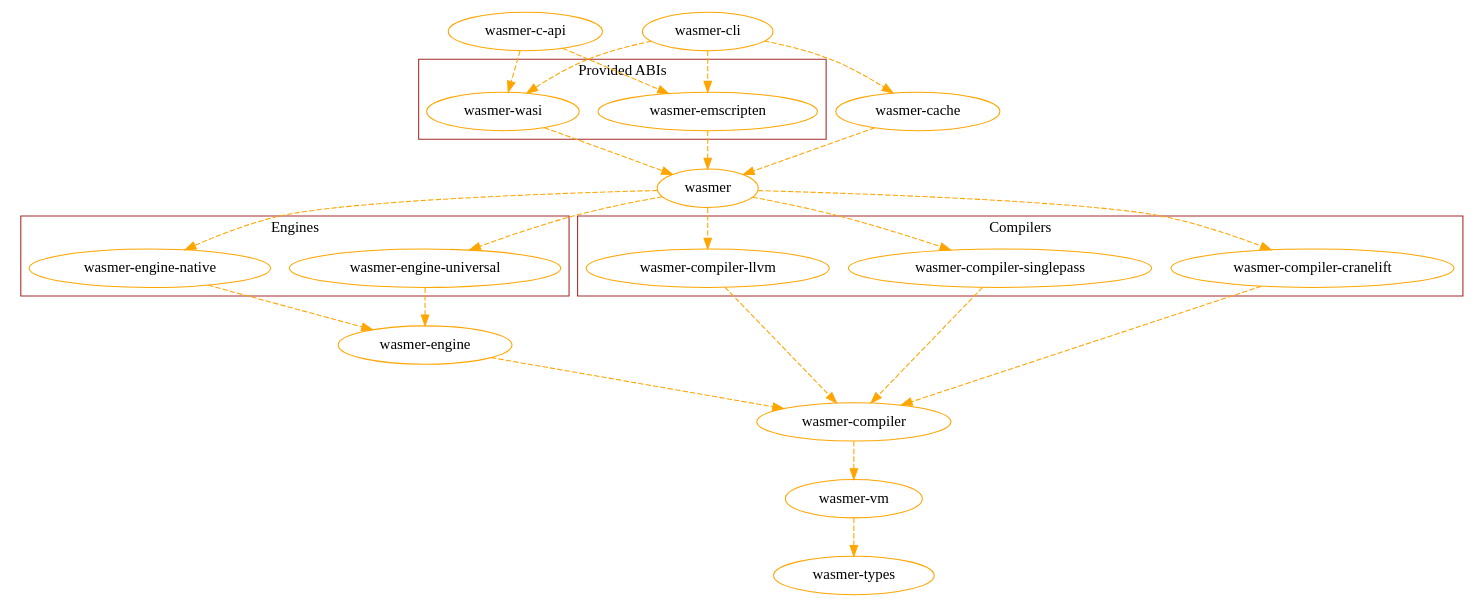
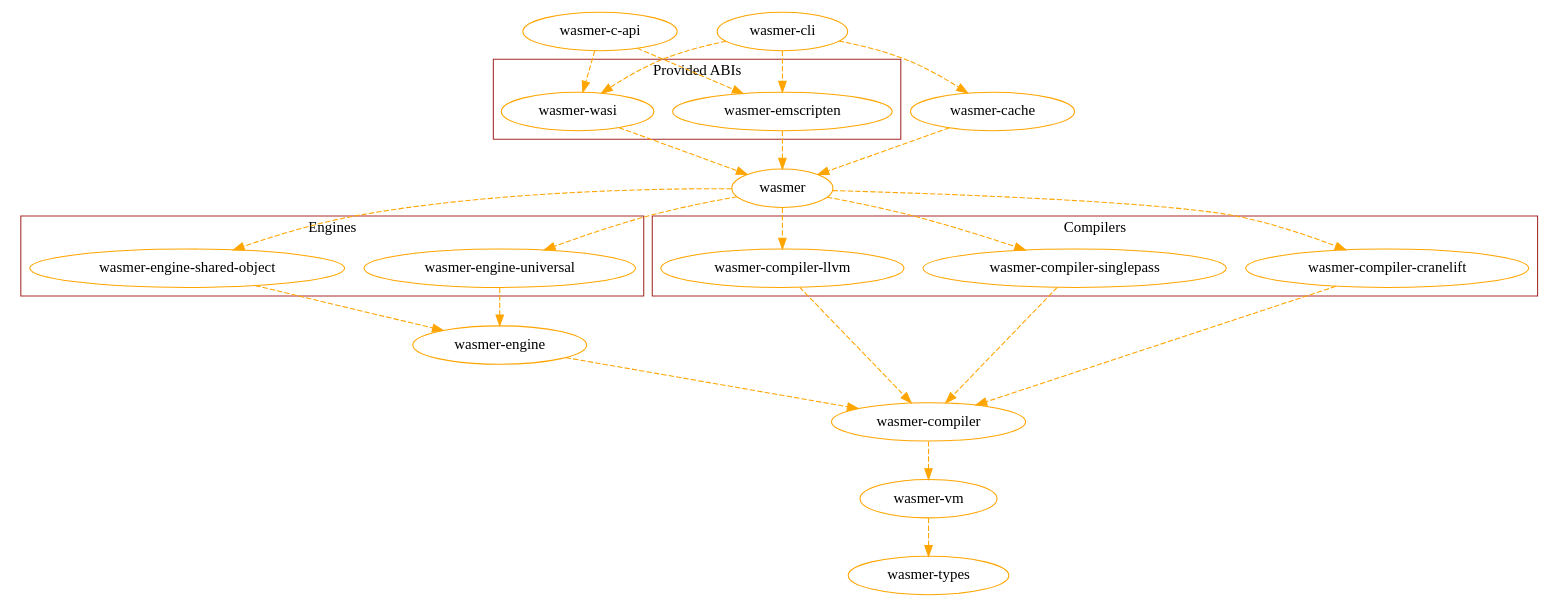
The diagram in docs/deps_dedup.dot (wasmerio/wasmer), drawn with Graphviz before and after one commit. The commit also changed 47 other files, not shown here.

Commit message:
feat: Rename `wasmer-engine-native` to `wasmer-engine-shared-object`.

```diff
--- a/docs/deps_dedup.dot
+++ b/docs/deps_dedup.dot
@@ -1,74 +1,74 @@
 digraph dependencies {
         newrank=true;
 
 	n0 [label="wasmer", color=orange];
 	n1 [label="wasmer-compiler", color=orange];
 	n5 [label="wasmer-engine", color=orange];
 	n6 [label="wasmer-engine-universal", color=orange];
-	n7 [label="wasmer-engine-native", color=orange];
+	n7 [label="wasmer-engine-shared-object", color=orange];
 	n8 [label="wasmer-types", color=orange];
 	n9 [label="wasmer-vm", color=orange];
 	n10 [label="wasmer-c-api", color=orange];
 	n11 [label="wasmer-emscripten", color=orange];
 	n12 [label="wasmer-wasi", color=orange];
 	n13 [label="wasmer-cache", color=orange];
 	n14 [label="wasmer-cli", color=orange];
 
         
 	subgraph cluster_compiler {
 		label="Compilers";
 		color=brown;
 
 		n2 [label="wasmer-compiler-cranelift", color=orange];
 		n3 [label="wasmer-compiler-llvm", color=orange];
 		n4 [label="wasmer-compiler-singlepass", color=orange];
 	}
 
 	subgraph cluster_engine {
 		label="Engines";
 		color=brown;
 
 		n6 [label="wasmer-engine-universal", color=orange];
-		n7 [label="wasmer-engine-native", color=orange];
+		n7 [label="wasmer-engine-shared-object", color=orange];
 	}
 
         {
         rank=same;
         n2;
         n3;
         n4;
         n6;
         n7;
         }
         
 
 	subgraph cluster_abi {
 		label="Provided ABIs";
 		color=brown;
 
 		n12 [label="wasmer-wasi", color=orange];
 		n11 [label="wasmer-emscripten", color=orange];
 	}
 
 	n14 -> n13 [color=orange, style=dashed];
 	n14 -> n12 [color=orange, style=dashed];
 	n14 -> n11 [color=orange, style=dashed];
 	n13 -> n0 [color=orange, style=dashed];
 	n10 -> n11 [color=orange, style=dashed];
 	n10 -> n12 [color=orange, style=dashed];
 	n11 -> n0 [color=orange, style=dashed];
 	n12 -> n0 [color=orange, style=dashed];
 	n0 -> n2 [color=orange, style=dashed];
 	n0 -> n3 [color=orange, style=dashed];
 	n0 -> n4 [color=orange, style=dashed];
 	n0 -> n6 [color=orange, style=dashed];
 	n0 -> n7 [color=orange, style=dashed];
 	n2 -> n1 [color=orange, style=dashed];
 	n3 -> n1 [color=orange, style=dashed];
 	n4 -> n1 [color=orange, style=dashed];
 	n6 -> n5 [color=orange, style=dashed];
 	n7 -> n5 [color=orange, style=dashed];
 	n5 -> n1 [color=orange, style=dashed];
 	n1 -> n9 [color=orange, style=dashed];
 	n9 -> n8 [color=orange, style=dashed];
 }
```
